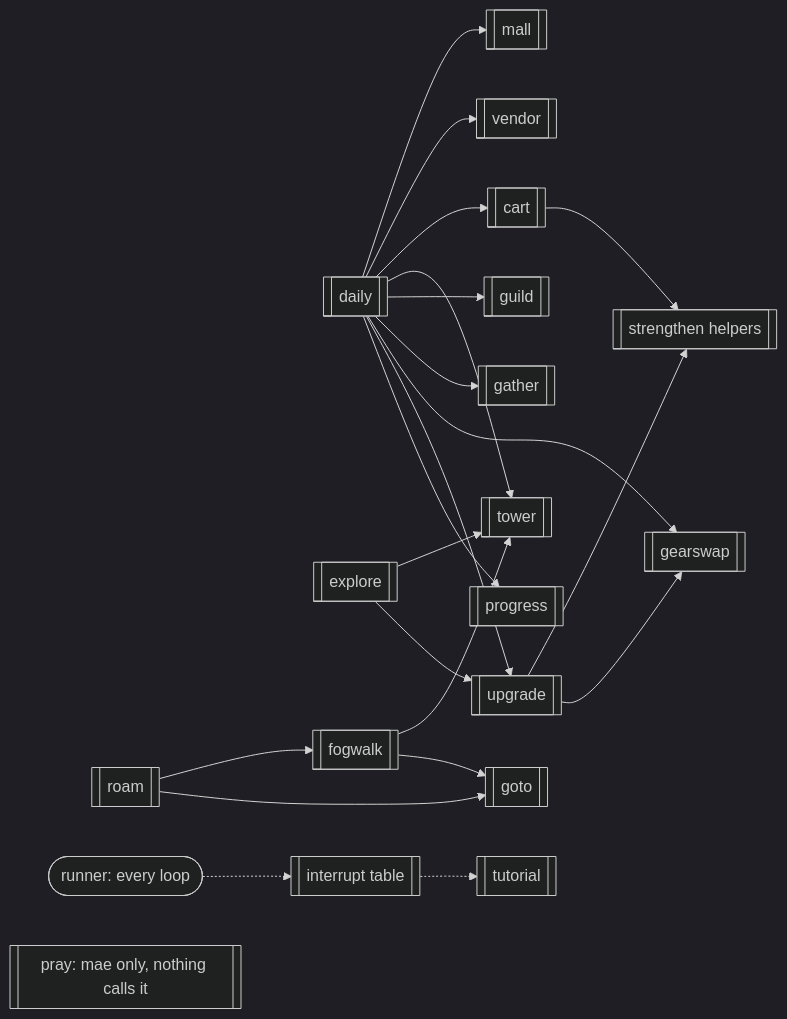
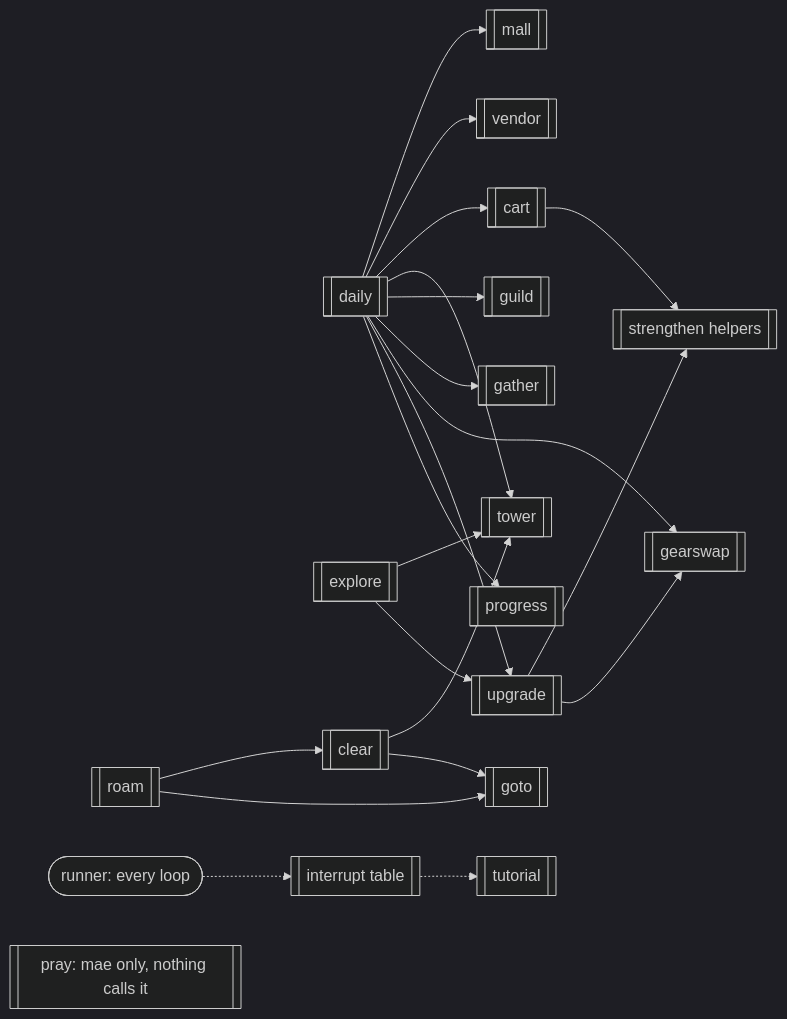
One commit to Sun-flow/sxs-agent changed the second of 2 diagrams in docs/loops/README.md. Above: the diagram before and after it, drawn with Mermaid (dark theme). The commit also changed other lines of this file and 35 other files, not shown here.

````diff
--- a/docs/loops/README.md
+++ b/docs/loops/README.md
@@ -55,24 +55,24 @@
 ```mermaid
 flowchart LR
     daily[["daily"]] --> mall[["mall"]]
     daily --> vendor[["vendor"]]
     daily --> cart[["cart"]]
     daily --> tower[["tower"]]
     daily --> guild[["guild"]]
     daily --> gather[["gather"]]
     daily --> gearswap[["gearswap"]]
     daily --> upgrade[["upgrade"]]
     daily --> progress[["progress"]]
     explore[["explore"]] --> tower
     explore --> upgrade
-    roam[["roam"]] --> fogwalk[["fogwalk"]]
+    roam[["roam"]] --> clear[["clear"]]
     roam --> goto[["goto"]]
-    fogwalk --> tower
-    fogwalk --> goto
+    clear --> tower
+    clear --> goto
     upgrade --> strengthen[["strengthen helpers"]]
     upgrade --> gearswap
     cart --> strengthen
     runner(["runner: every loop"]) -.-> interrupts[["interrupt table"]]
     interrupts -.-> tutorial[["tutorial"]]
     pray[["pray: mae only, nothing calls it"]]
 ```
````
